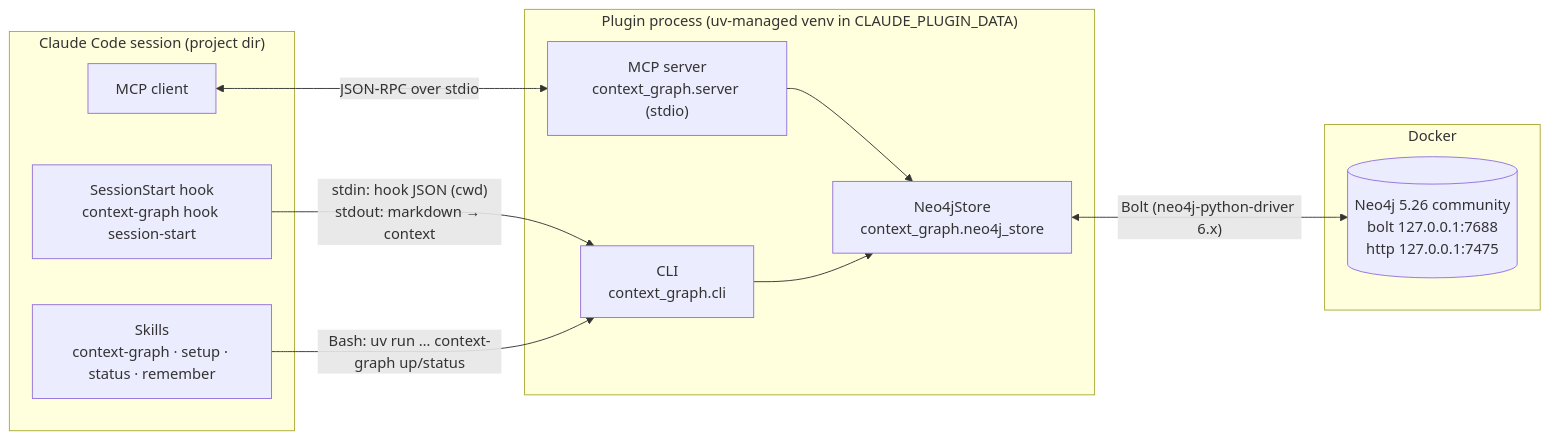
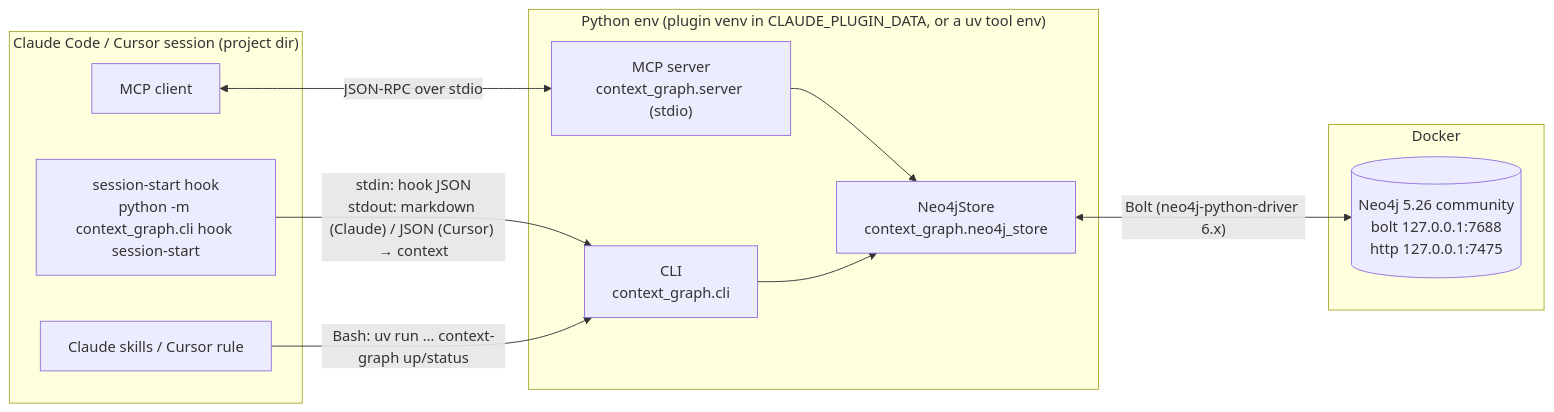
Before and after one commit to matinebdi/context-graph: the diagram in README.md, drawn with Mermaid. The commit also changed other lines of this file and 16 other files, not shown here.

First line of the commit message:
Support Cursor alongside Claude Code (v0.2.0)

````diff
--- a/README.md
+++ b/README.md
@@ -48,25 +57,25 @@
 ```mermaid
 flowchart LR
-    subgraph CC["Claude Code session (project dir)"]
-        H["SessionStart hook<br/>context-graph hook session-start"]
+    subgraph CC["Claude Code / Cursor session (project dir)"]
+        H["session-start hook<br/>python -m context_graph.cli hook session-start"]
         M["MCP client"]
-        S["Skills<br/>context-graph · setup · status · remember"]
+        S["Claude skills / Cursor rule"]
     end
 
-    subgraph PL["Plugin process (uv-managed venv in CLAUDE_PLUGIN_DATA)"]
+    subgraph PL["Python env (plugin venv in CLAUDE_PLUGIN_DATA, or a uv tool env)"]
         SRV["MCP server<br/>context_graph.server (stdio)"]
         CLI["CLI<br/>context_graph.cli"]
         ST["Neo4jStore<br/>context_graph.neo4j_store"]
     end
 
     subgraph DK["Docker"]
         NEO[("Neo4j 5.26 community<br/>bolt 127.0.0.1:7688<br/>http 127.0.0.1:7475")]
     end
 
-    H -- "stdin: hook JSON (cwd)<br/>stdout: markdown → context" --> CLI
+    H -- "stdin: hook JSON<br/>stdout: markdown (Claude) / JSON (Cursor) → context" --> CLI
     M <-- "JSON-RPC over stdio" --> SRV
     S -- "Bash: uv run … context-graph up/status" --> CLI
     SRV --> ST
     CLI --> ST
     ST <-- "Bolt (neo4j-python-driver 6.x)" --> NEO
 ```
````
